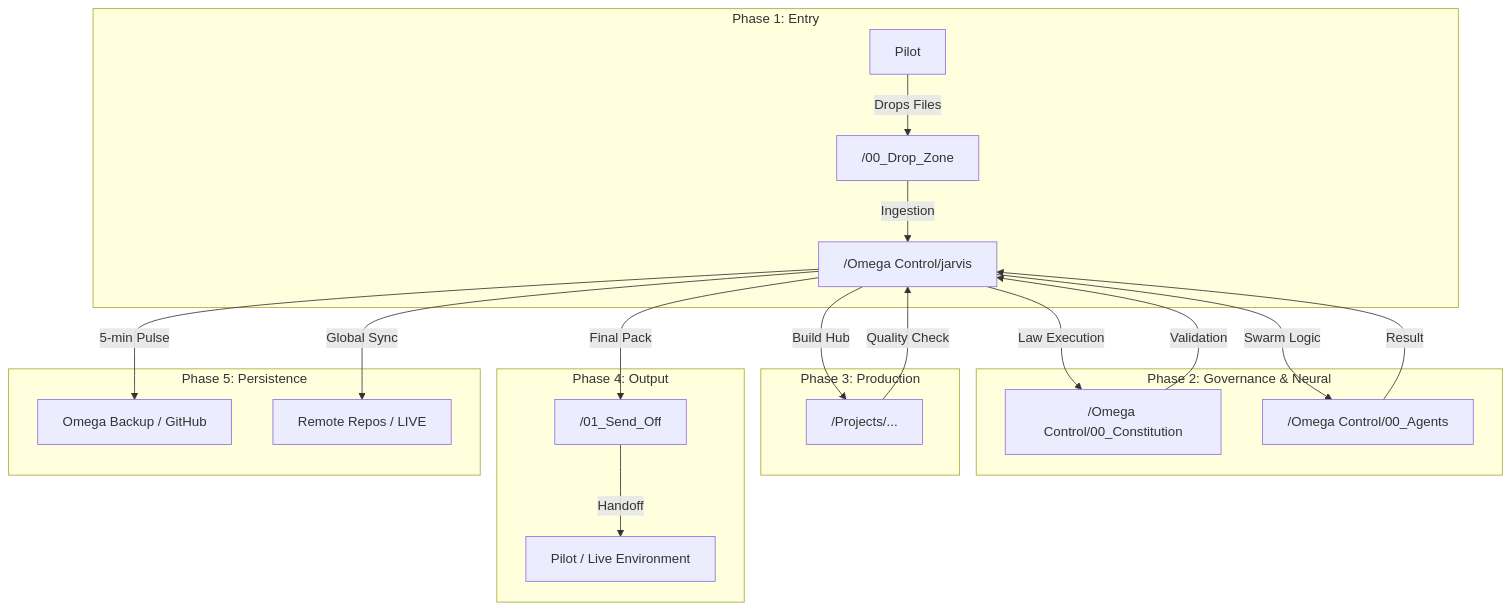
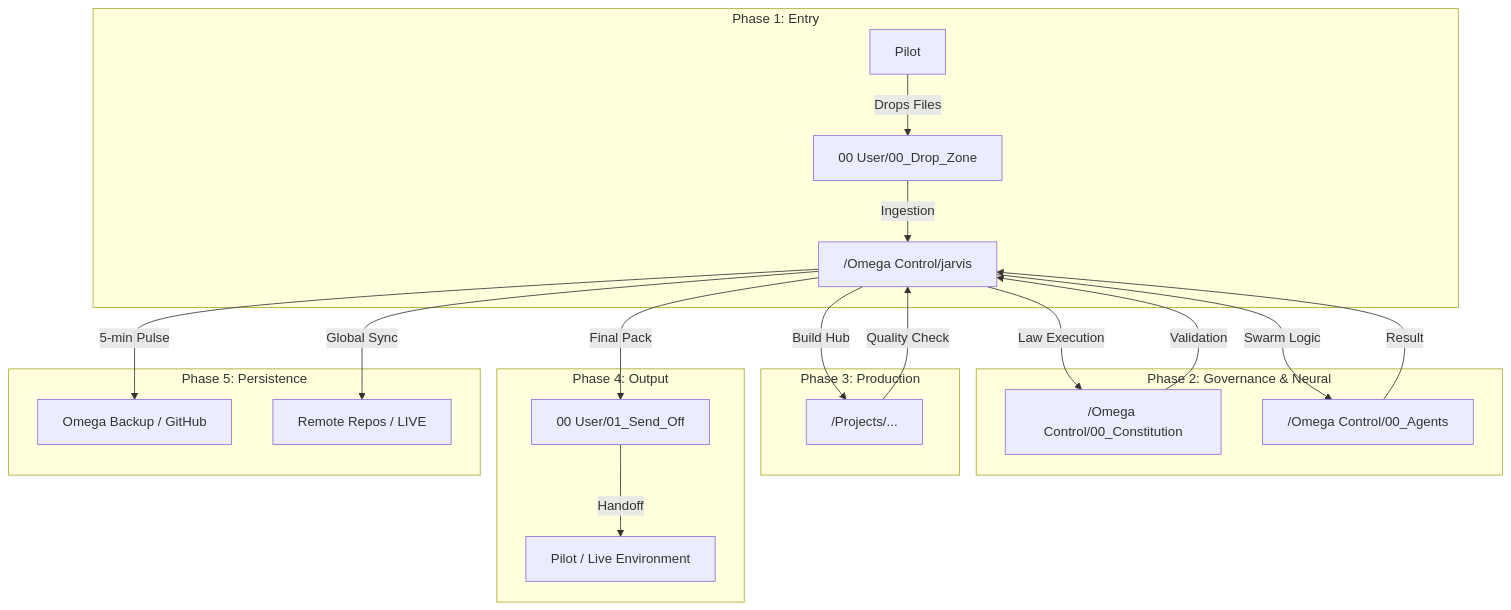
One commit to edsworld27/omega-dev changed the diagram in SYSTEM_MAP.md. Above: the diagram before and after it, drawn with Mermaid. The commit also changed other lines of this file and 337 other files, not shown here.

Commit message:
Architecture Update: Adapting to Final User Root Layout

````diff
--- a/SYSTEM_MAP.md
+++ b/SYSTEM_MAP.md
@@ -3,29 +3,29 @@
 ```mermaid
 graph TD
     subgraph "Phase 1: Entry"
-        A[Pilot] -->|Drops Files| B["/00_Drop_Zone"]
+        A[Pilot] -->|Drops Files| B["00 User/00_Drop_Zone"]
         B -->|Ingestion| C["/Omega Control/jarvis"]
     end
 
     subgraph "Phase 2: Governance & Neural"
         C -->|Law Execution| D["/Omega Control/00_Constitution"]
         C -->|Swarm Logic| E["/Omega Control/00_Agents"]
         D -->|Validation| C
         E -->|Result| C
     end
 
     subgraph "Phase 3: Production"
         C -->|Build Hub| F["/Projects/..."]
         F -->|Quality Check| C
     end
 
     subgraph "Phase 4: Output"
-        C -->|Final Pack| G["/01_Send_Off"]
+        C -->|Final Pack| G["00 User/01_Send_Off"]
         G -->|Handoff| H[Pilot / Live Environment]
     end
 
     subgraph "Phase 5: Persistence"
         C -->|5-min Pulse| I[Omega Backup / GitHub]
         C -->|Global Sync| J[Remote Repos / LIVE]
     end
 ```
````
